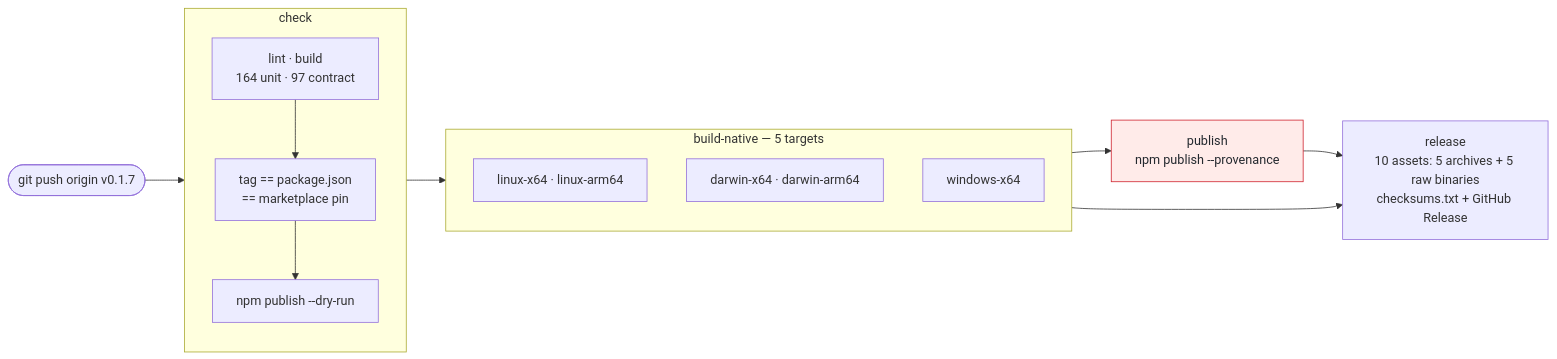
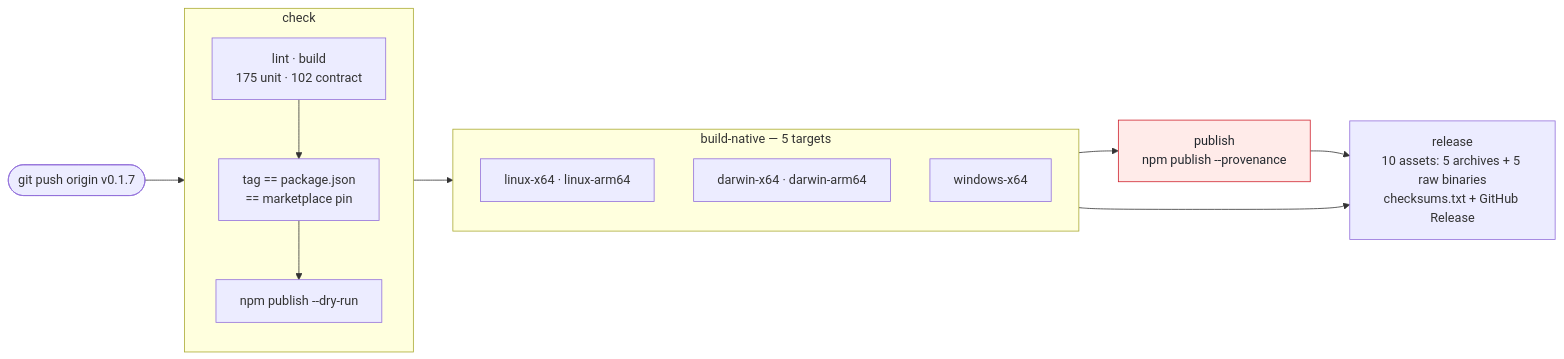
One commit to hypnguyen1209/codex-goat changed the eighth of 8 diagrams in README.md. Above: the diagram before and after it, drawn with Mermaid. The commit also changed other lines of this file and 5 other files, not shown here.

````diff
--- a/README.md
+++ b/README.md
@@ -658,28 +660,28 @@
 ```mermaid
 flowchart LR
     tag(["git push origin v0.1.7"]) --> check
 
     subgraph check["check"]
         direction TB
-        c1["lint · build<br/>164 unit · 97 contract"]
+        c1["lint · build<br/>175 unit · 102 contract"]
         c2["tag == package.json<br/>== marketplace pin"]
         c3["npm publish --dry-run"]
         c1 --> c2 --> c3
     end
 
     check --> build
 
     subgraph build["build-native — 5 targets"]
         direction TB
         b1["linux-x64 · linux-arm64"]
         b2["darwin-x64 · darwin-arm64"]
         b3["windows-x64"]
     end
 
     build --> publish["publish<br/>npm publish --provenance"]
     publish --> release["release<br/>10 assets: 5 archives + 5 raw binaries<br/>checksums.txt + GitHub Release"]
     build --> release
 
     classDef irreversible fill:#ffebe9,stroke:#cf222e,color:#24292f
     class publish irreversible
 ```
````
